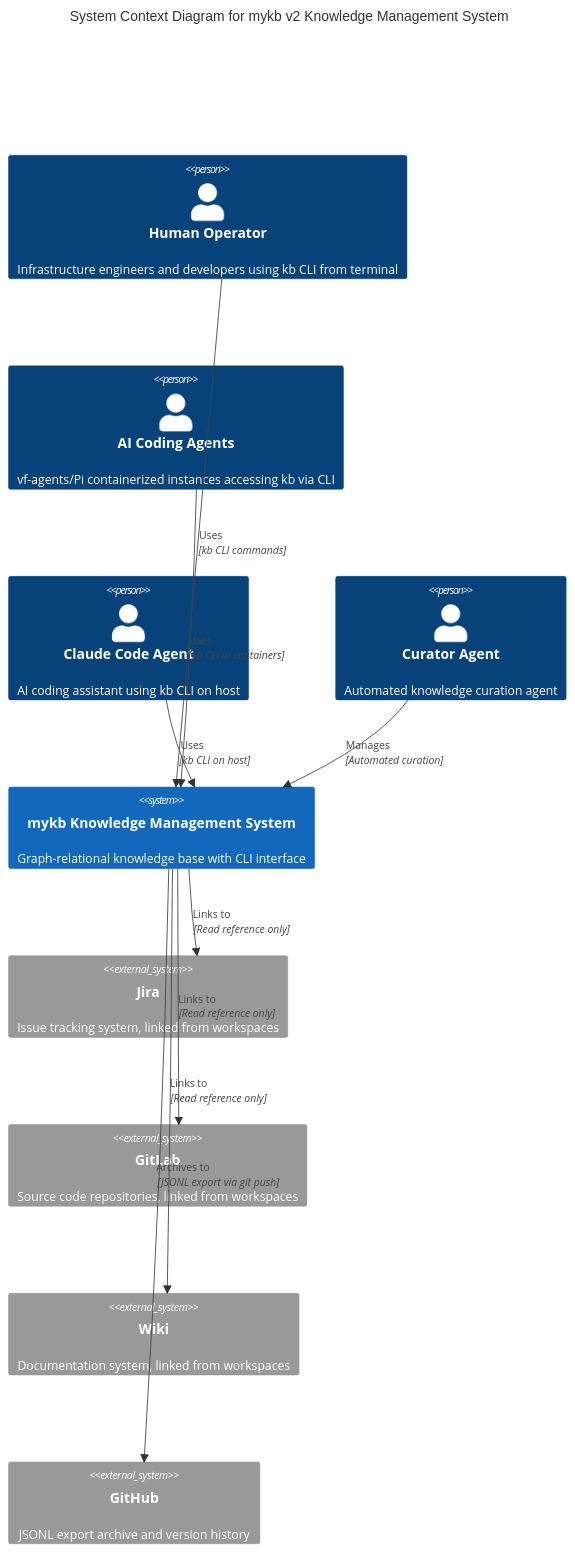
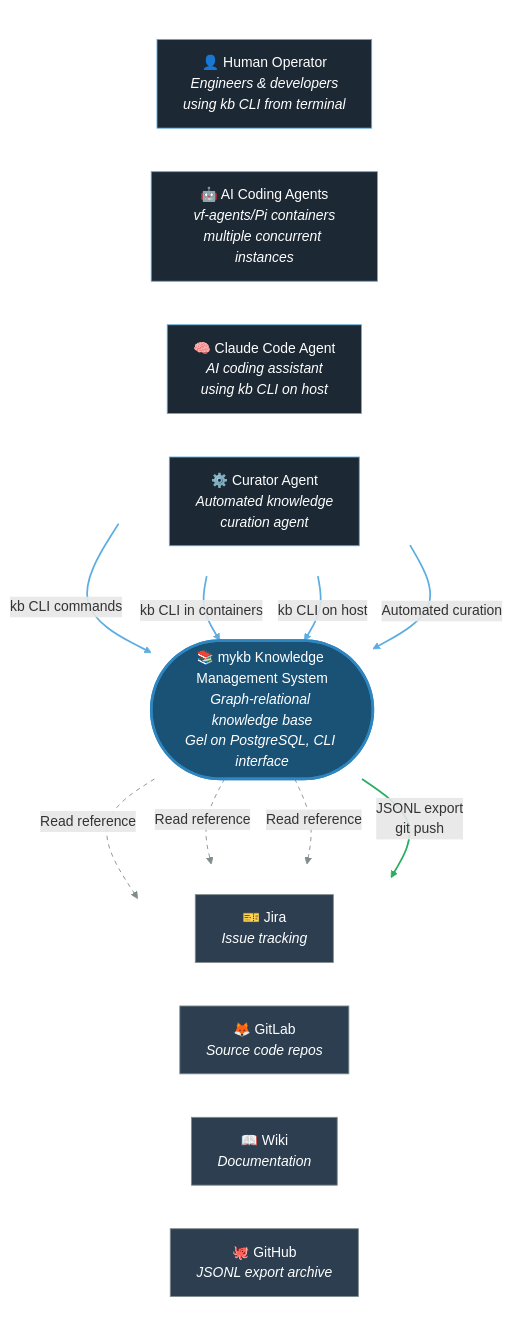
One commit to vilosource/mykb changed the first of 3 diagrams in docs/graph-backend-C4-ARCHITECTURE.md. Above: the diagram before and after it, drawn with Mermaid. The commit also changed other lines of this file, not shown here.

First line of the commit message:
docs: rework C4 diagrams with high-contrast colors for dark themes

````diff
--- a/docs/graph-backend-C4-ARCHITECTURE.md
+++ b/docs/graph-backend-C4-ARCHITECTURE.md
@@ -9,26 +9,46 @@
 ```mermaid
-C4Context
-    title System Context Diagram for mykb v2 Knowledge Management System
+graph TB
+    subgraph actors [" "]
+        direction LR
+        human["👤 Human Operator<br/><i>Engineers & developers<br/>using kb CLI from terminal</i>"]
+        agents["🤖 AI Coding Agents<br/><i>vf-agents/Pi containers<br/>multiple concurrent instances</i>"]
+        claude["🧠 Claude Code Agent<br/><i>AI coding assistant<br/>using kb CLI on host</i>"]
+        curator["⚙️ Curator Agent<br/><i>Automated knowledge<br/>curation agent</i>"]
+    end
 
-    Person(human, "Human Operator", "Infrastructure engineers and developers using kb CLI from terminal")
-    Person(agents, "AI Coding Agents", "vf-agents/Pi containerized instances accessing kb via CLI")
-    Person(claude, "Claude Code Agent", "AI coding assistant using kb CLI on host")
-    Person(curator, "Curator Agent", "Automated knowledge curation agent")
+    mykb(["📚 mykb Knowledge Management System<br/><i>Graph-relational knowledge base<br/>Gel on PostgreSQL, CLI interface</i>"])
 
-    System(mykb, "mykb Knowledge Management System", "Graph-relational knowledge base with CLI interface")
+    subgraph external [" "]
+        direction LR
+        jira["🎫 Jira<br/><i>Issue tracking</i>"]
+        gitlab["🦊 GitLab<br/><i>Source code repos</i>"]
+        wiki["📖 Wiki<br/><i>Documentation</i>"]
+        github["🐙 GitHub<br/><i>JSONL export archive</i>"]
+    end
 
-    System_Ext(jira, "Jira", "Issue tracking system, linked from workspaces")
-    System_Ext(gitlab, "GitLab", "Source code repositories, linked from workspaces")
-    System_Ext(wiki, "Wiki", "Documentation system, linked from workspaces")
-    System_Ext(github, "GitHub", "JSONL export archive and version history")
+    human -->|"kb CLI commands"| mykb
+    agents -->|"kb CLI in containers"| mykb
+    claude -->|"kb CLI on host"| mykb
+    curator -->|"Automated curation"| mykb
 
-    Rel(human, mykb, "Uses", "kb CLI commands")
-    Rel(agents, mykb, "Uses", "kb CLI in containers")
-    Rel(claude, mykb, "Uses", "kb CLI on host")
-    Rel(curator, mykb, "Manages", "Automated curation")
+    mykb -.->|"Read reference"| jira
+    mykb -.->|"Read reference"| gitlab
+    mykb -.->|"Read reference"| wiki
+    mykb -->|"JSONL export<br/>git push"| github
 
-    Rel(mykb, jira, "Links to", "Read reference only")
-    Rel(mykb, gitlab, "Links to", "Read reference only")
-    Rel(mykb, wiki, "Links to", "Read reference only")
-    Rel(mykb, github, "Archives to", "JSONL export via git push")
+    style mykb fill:#1a5276,stroke:#2e86c1,color:#fff,stroke-width:3px
+    style human fill:#1c2833,stroke:#5dade2,color:#fff
+    style agents fill:#1c2833,stroke:#5dade2,color:#fff
+    style claude fill:#1c2833,stroke:#5dade2,color:#fff
+    style curator fill:#1c2833,stroke:#5dade2,color:#fff
+    style jira fill:#2c3e50,stroke:#7f8c8d,color:#fff
+    style gitlab fill:#2c3e50,stroke:#7f8c8d,color:#fff
+    style wiki fill:#2c3e50,stroke:#7f8c8d,color:#fff
+    style github fill:#2c3e50,stroke:#7f8c8d,color:#fff
+    style actors fill:transparent,stroke:none
+    style external fill:transparent,stroke:none
+
+    linkStyle 0,1,2,3 stroke:#5dade2,stroke-width:2px
+    linkStyle 4,5,6 stroke:#7f8c8d,stroke-width:1px,stroke-dasharray:5
+    linkStyle 7 stroke:#27ae60,stroke-width:2px
 ```
````
